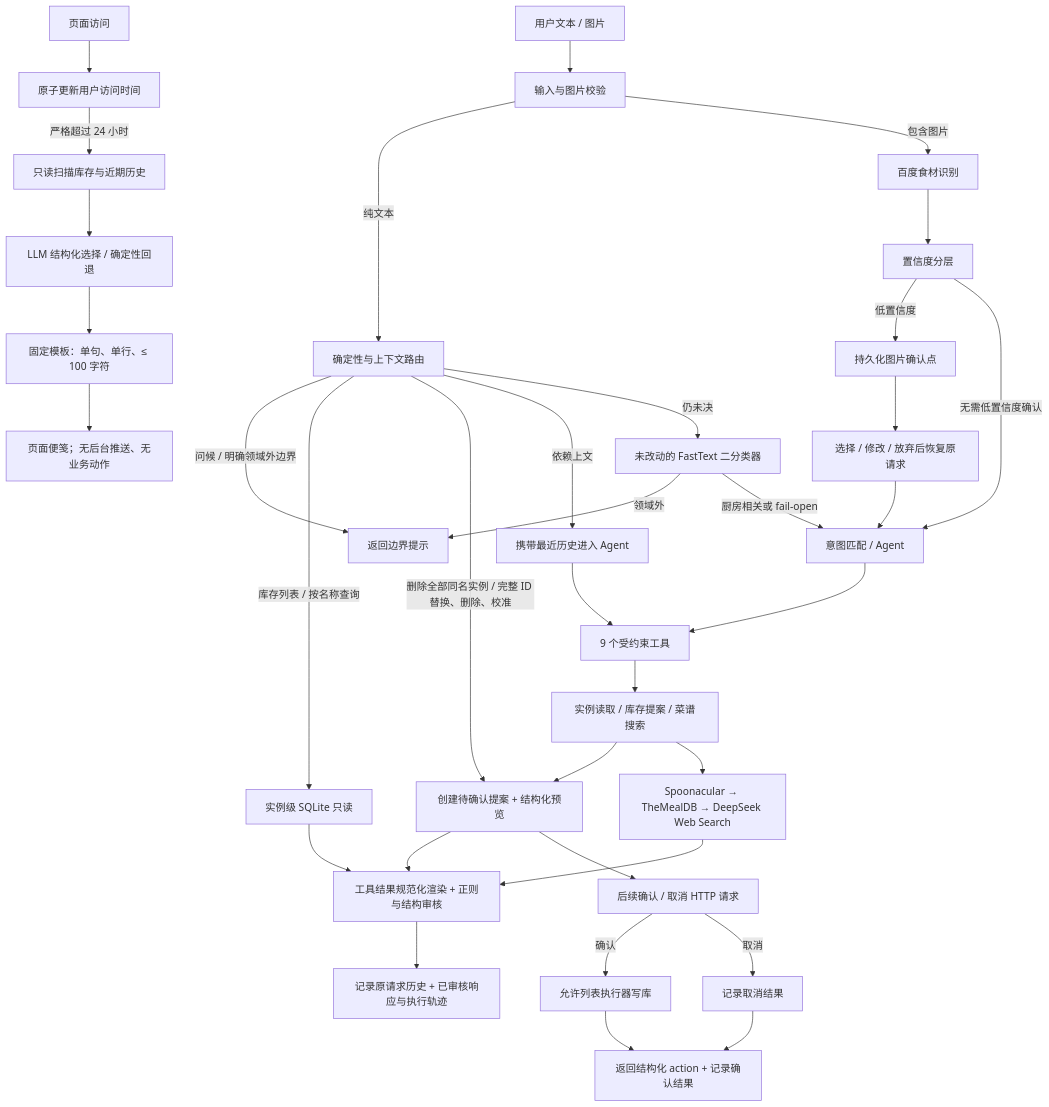
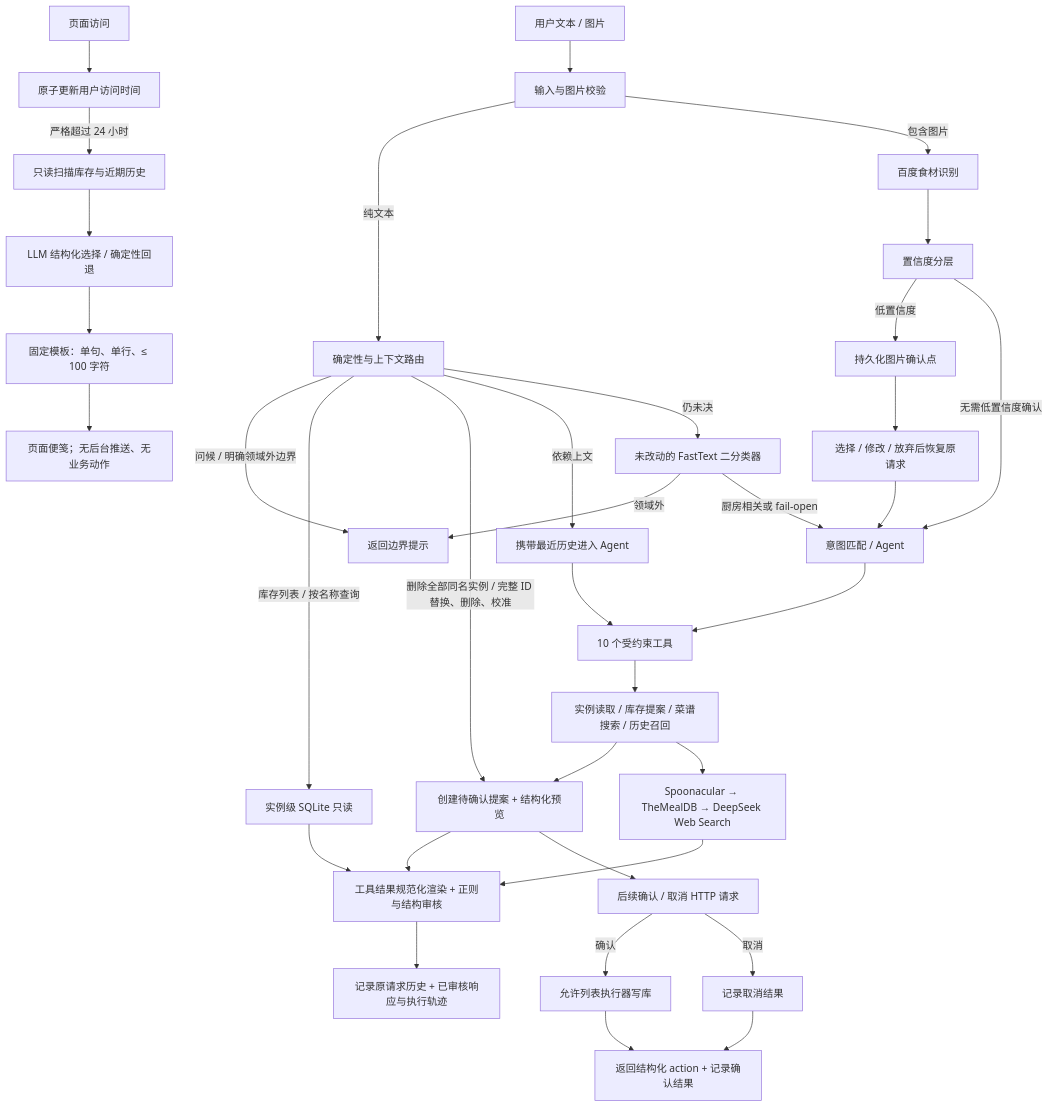
Before and after one commit to aicecould/kitchen_inventory_agent: the diagram in README.md, drawn with Mermaid. The commit also changed other lines of this file, not shown here.

````diff
--- a/README.md
+++ b/README.md
@@ -26,43 +26,43 @@
 ```mermaid
 flowchart TD
     A["用户文本 / 图片"] --> B["输入与图片校验"]
 
     B -->|纯文本| C["确定性与上下文路由"]
     C -->|问候 / 明确领域外边界| C1["返回边界提示"]
     C -->|库存列表 / 按名称查询| D["实例级 SQLite 只读"]
     C -->|删除全部同名实例 / 完整 ID 替换、删除、校准| E["创建待确认提案 + 结构化预览"]
     C -->|依赖上文| F["携带最近历史进入 Agent"]
     C -->|仍未决| G["未改动的 FastText 二分类器"]
     G -->|领域外| C1
     G -->|厨房相关或 fail-open| H["意图匹配 / Agent"]
 
     B -->|包含图片| I["百度食材识别"]
     I --> J["置信度分层"]
     J -->|低置信度| K["持久化图片确认点"]
     K --> L["选择 / 修改 / 放弃后恢复原请求"]
     J -->|无需低置信度确认| H
     L --> H
 
-    F --> M["9 个受约束工具"]
+    F --> M["10 个受约束工具"]
     H --> M
-    M --> N["实例读取 / 库存提案 / 菜谱搜索"]
+    M --> N["实例读取 / 库存提案 / 菜谱搜索 / 历史召回"]
     N --> E
     N --> O["Spoonacular → TheMealDB → DeepSeek Web Search"]
 
     D --> S["工具结果规范化渲染 + 正则与结构审核"]
     E --> S
     O --> S
     S --> T["记录原请求历史 + 已审核响应与执行轨迹"]
 
     E --> P["后续确认 / 取消 HTTP 请求"]
     P -->|确认| Q["允许列表执行器写库"]
     P -->|取消| R["记录取消结果"]
     Q --> T1["返回结构化 action + 记录确认结果"]
     R --> T1
 
     U["页面访问"] --> V["原子更新用户访问时间"]
     V -->|严格超过 24 小时| W["只读扫描库存与近期历史"]
     W --> X["LLM 结构化选择 / 确定性回退"]
     X --> Y["固定模板：单句、单行、≤ 100 字符"]
     Y --> Z["页面便笺；无后台推送、无业务动作"]
 ```
````
